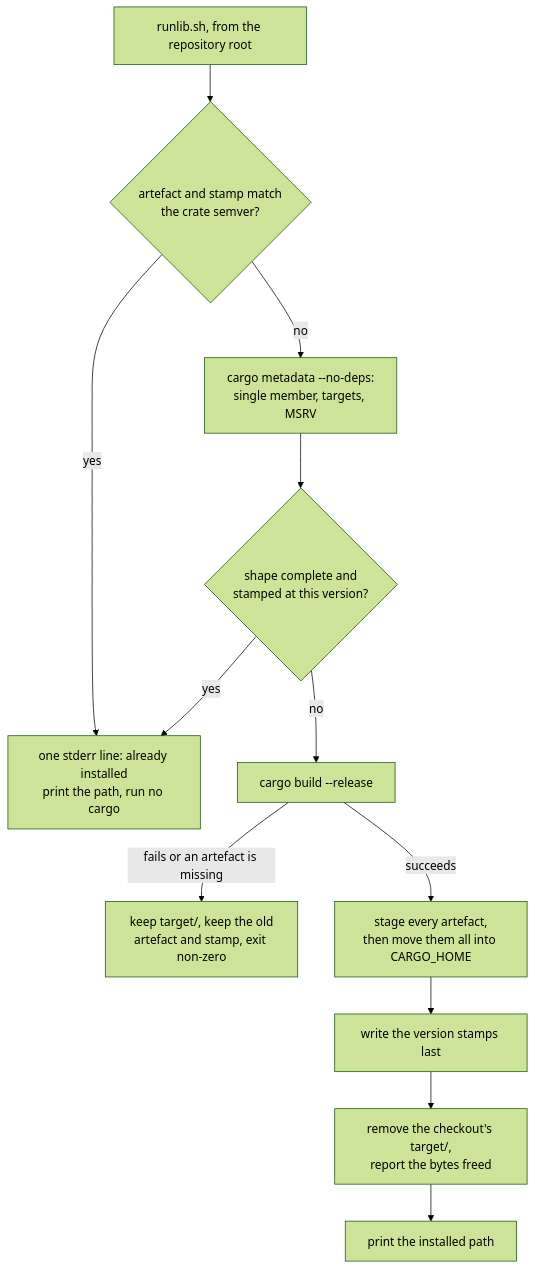
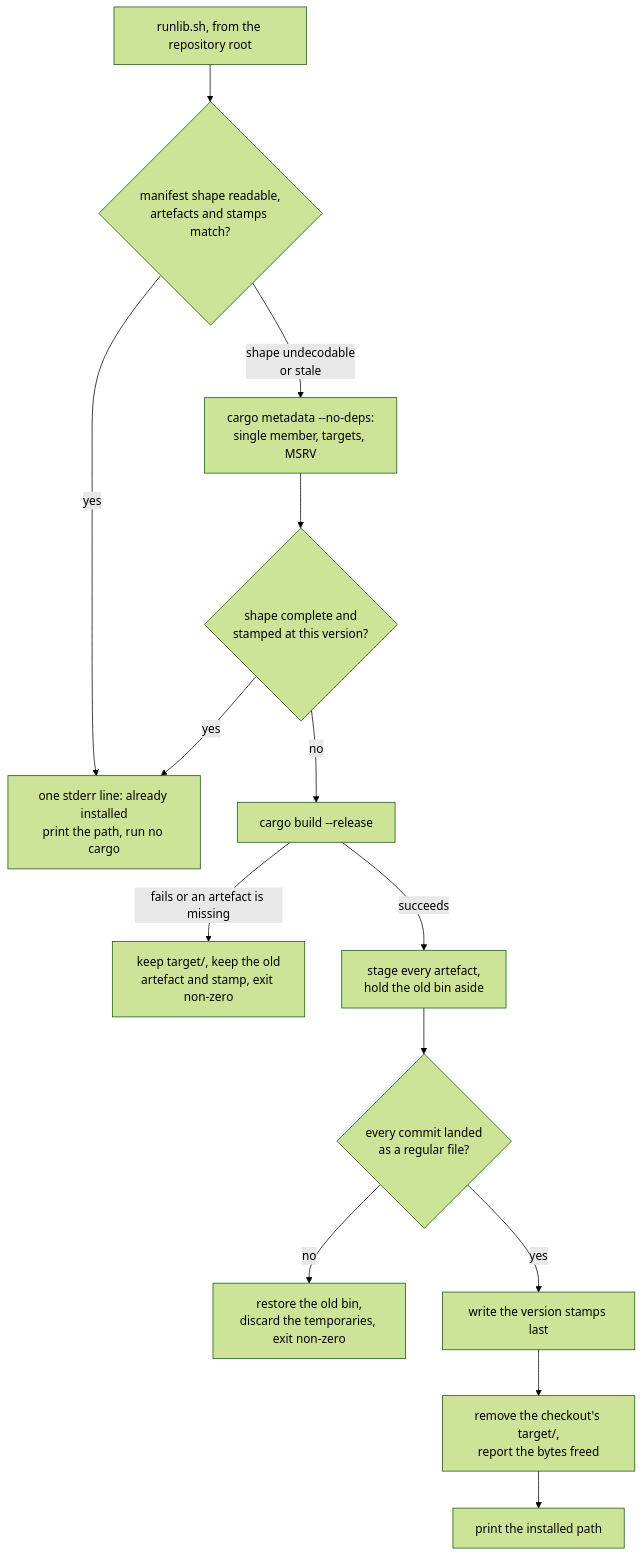
The diagram in docs/archive/pr-summaries/pr-summary-680.md (stSoftwareAU/NEAT-AI-core), drawn with Mermaid (forest theme) before and after one commit. The commit also changed other lines of this file, not shown here.

````diff
--- a/docs/archive/pr-summaries/pr-summary-680.md
+++ b/docs/archive/pr-summaries/pr-summary-680.md
@@ -45,14 +54,16 @@
 ```mermaid
 flowchart TD
-    A["runlib.sh, from the repository root"] --> B{"artefact and stamp match<br/>the crate semver?"}
+    A["runlib.sh, from the repository root"] --> B{"manifest shape readable,<br/>artefacts and stamps match?"}
     B -- "yes" --> C["one stderr line: already installed<br/>print the path, run no cargo"]
-    B -- "no" --> D["cargo metadata --no-deps:<br/>single member, targets, MSRV"]
+    B -- "shape undecodable<br/>or stale" --> D["cargo metadata --no-deps:<br/>single member, targets, MSRV"]
     D --> K{"shape complete and<br/>stamped at this version?"}
     K -- "yes" --> C
     K -- "no" --> E["cargo build --release"]
     E -- "fails or an artefact is missing" --> F["keep target/, keep the old<br/>artefact and stamp, exit non-zero"]
-    E -- "succeeds" --> G["stage every artefact,<br/>then move them all into CARGO_HOME"]
-    G --> H["write the version stamps last"]
-    H --> I["remove the checkout's target/,<br/>report the bytes freed"]
-    I --> J["print the installed path"]
+    E -- "succeeds" --> G["stage every artefact,<br/>hold the old bin aside"]
+    G --> H{"every commit landed<br/>as a regular file?"}
+    H -- "no" --> I["restore the old bin,<br/>discard the temporaries, exit non-zero"]
+    H -- "yes" --> J["write the version stamps last"]
+    J --> L["remove the checkout's target/,<br/>report the bytes freed"]
+    L --> M["print the installed path"]
 ```
````
